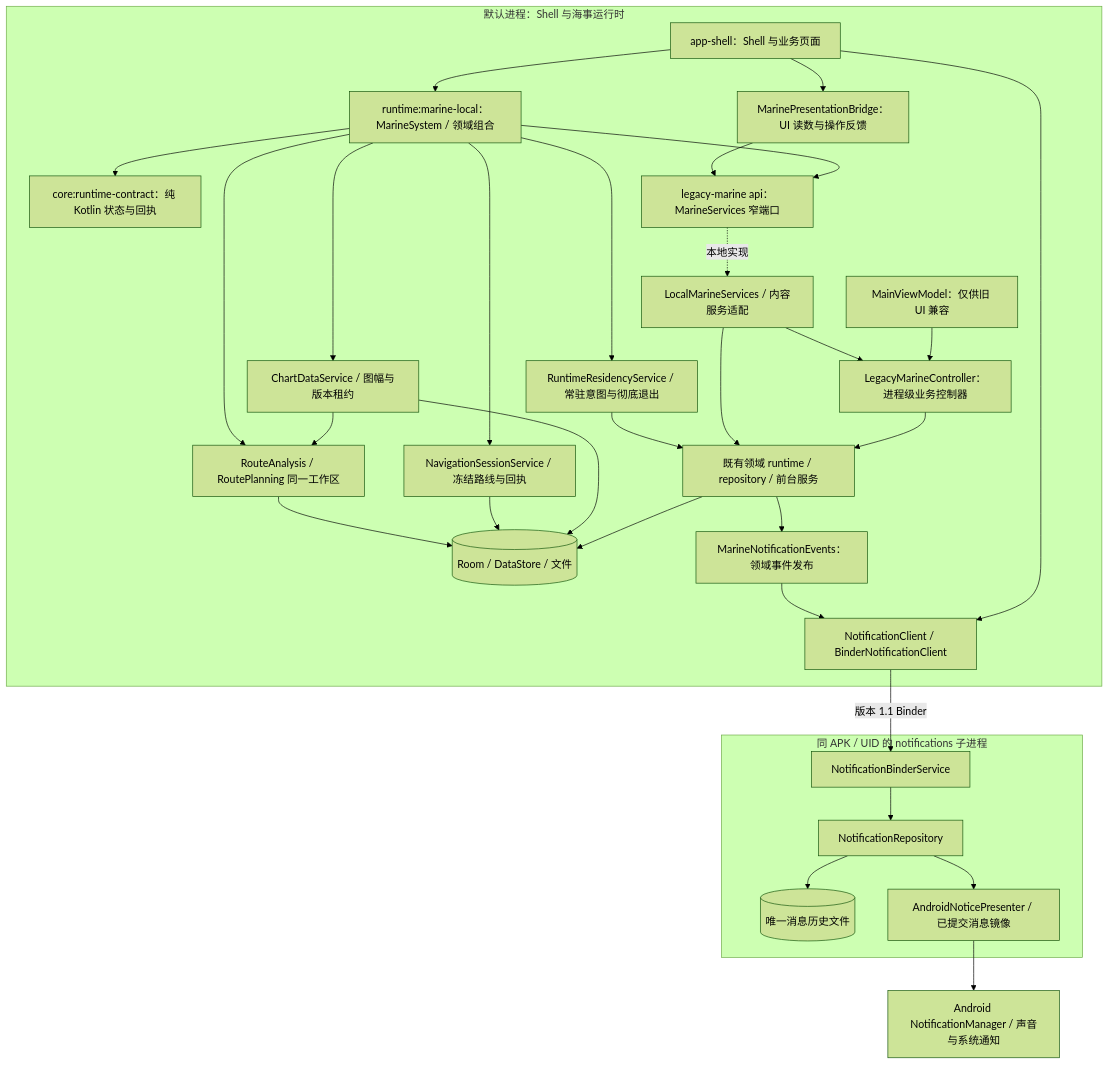
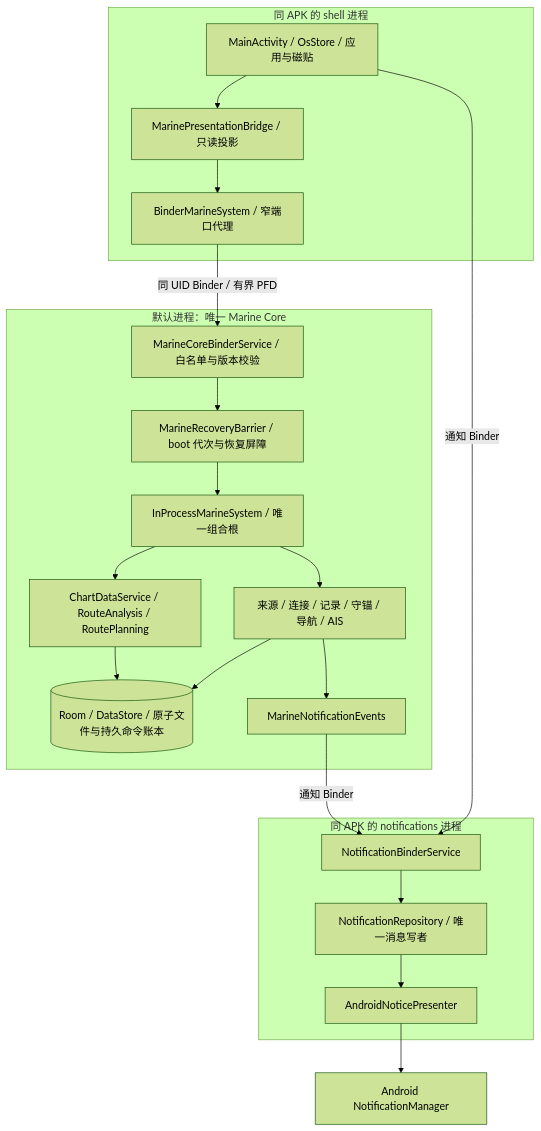
Before and after one commit to ohkuku/yokuli_marine_shell: the diagram in docs/os/10-INPROCESS-SYSTEM-BOUNDARIES.md, drawn with Mermaid (forest theme). The commit also changed other lines of this file and 85 other files, not shown here.

Commit message:
feat: add nautical ENC portrayal and durable isolated Marine Core

````diff
--- a/docs/os/10-INPROCESS-SYSTEM-BOUNDARIES.md
+++ b/docs/os/10-INPROCESS-SYSTEM-BOUNDARIES.md
@@ -9,44 +9,32 @@
 ```mermaid
 flowchart TB
-    subgraph ONE[默认进程：Shell 与海事运行时]
-        APP[app-shell：Shell 与业务页面]
-        BRIDGE[MarinePresentationBridge：UI 读数与操作反馈]
-        HOST[runtime:marine-local：MarineSystem / 领域组合]
-        CORE[core:runtime-contract：纯 Kotlin 状态与回执]
-        API[legacy-marine api：MarineServices 窄端口]
-        LOCAL[LocalMarineServices / 内容服务适配]
-        CONTROLLER[LegacyMarineController：进程级业务控制器]
-        VM[MainViewModel：仅供旧 UI 兼容]
-        DOMAIN[既有领域 runtime / repository / 前台服务]
-        STORE[(Room / DataStore / 文件)]
-        APP --> BRIDGE
-        APP --> HOST
-        BRIDGE --> API
-        HOST --> NAV[NavigationSessionService / 冻结路线与回执]
-        HOST --> RESIDENT[RuntimeResidencyService / 常驻意图与彻底退出]
-        RESIDENT --> DOMAIN
-        HOST --> CHART[ChartDataService / 图幅与版本租约]
-        HOST --> PLAN[RouteAnalysis / RoutePlanning 同一工作区]
-        CHART --> PLAN
-        PLAN --> STORE
-        NAV --> STORE
-        CHART --> STORE
-        HOST --> CORE
-        HOST --> API
-        API -. 本地实现 .-> LOCAL
-        LOCAL --> CONTROLLER
-        LOCAL --> DOMAIN
-        VM --> CONTROLLER
-        CONTROLLER --> DOMAIN --> STORE
-        EVENTS[MarineNotificationEvents：领域事件发布] --> NCLIENT[NotificationClient / BinderNotificationClient]
-        APP --> NCLIENT
+    subgraph UI[同 APK 的 shell 进程]
+        SHELL[MainActivity / OsStore / 应用与磁贴]
+        READ[MarinePresentationBridge / 只读投影]
+        CLIENT[BinderMarineSystem / 窄端口代理]
+        SHELL --> READ --> CLIENT
+    end
+    subgraph CORE[默认进程：唯一 Marine Core]
+        BINDER[MarineCoreBinderService / 白名单与版本校验]
+        RECOVERY[MarineRecoveryBarrier / boot 代次与恢复屏障]
+        SYSTEM[InProcessMarineSystem / 唯一组合根]
+        DOMAIN[来源 / 连接 / 记录 / 守锚 / 导航 / AIS]
+        CHART[ChartDataService / RouteAnalysis / RoutePlanning]
+        STORE[(Room / DataStore / 原子文件与持久命令账本)]
+        EVENTS[MarineNotificationEvents]
+        BINDER --> RECOVERY --> SYSTEM
+        SYSTEM --> DOMAIN --> STORE
+        SYSTEM --> CHART --> STORE
         DOMAIN --> EVENTS
     end
-    subgraph NOTICES[同 APK / UID 的 notifications 子进程]
-        BINDER[NotificationBinderService] --> NREPO[NotificationRepository]
-        NREPO --> NFILE[(唯一消息历史文件)]
-        NREPO --> MIRROR[AndroidNoticePresenter / 已提交消息镜像]
+    subgraph NOTICE[同 APK 的 notifications 进程]
+        NB[NotificationBinderService]
+        NR[NotificationRepository / 唯一消息写者]
+        NP[AndroidNoticePresenter]
+        NB --> NR --> NP
     end
-    MIRROR --> ANDROID[Android NotificationManager / 声音与系统通知]
-    NCLIENT -->|版本 1.1 Binder| BINDER
+    CLIENT -->|同 UID Binder / 有界 PFD| BINDER
+    SHELL -->|通知 Binder| NB
+    EVENTS -->|通知 Binder| NB
+    NP --> ANDROID[Android NotificationManager]
 ```
````
